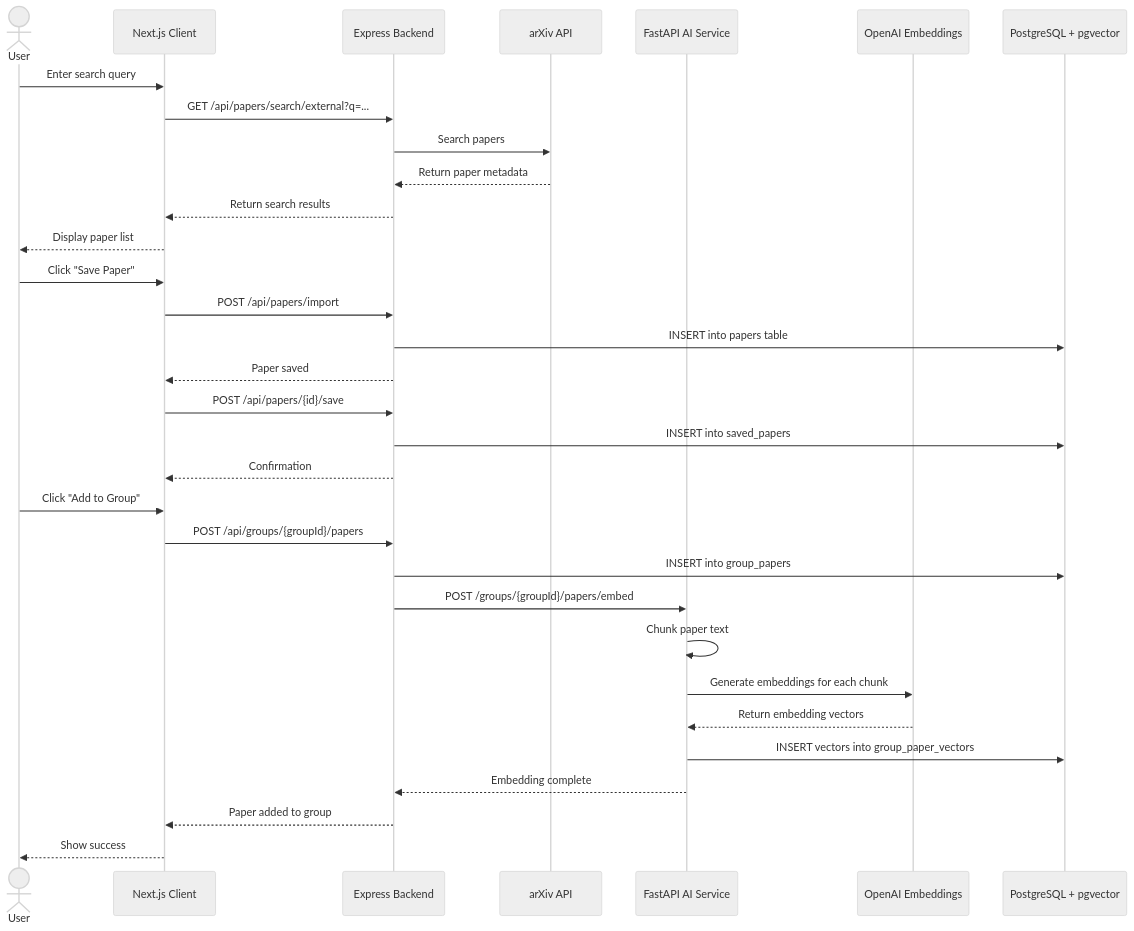
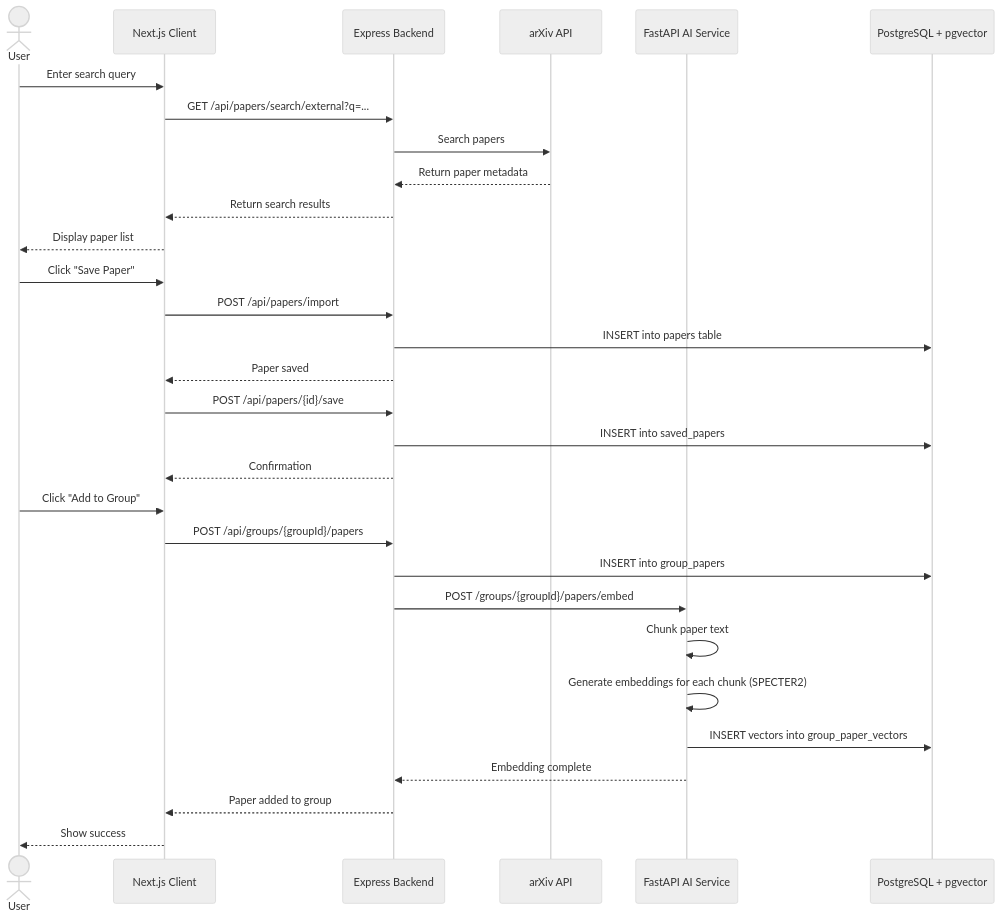
The sixth of 11 diagrams in docs/UML-Diagrams.md (BRUH-MAIN/OpenResearch), drawn with Mermaid (neutral theme) before and after one commit. The commit also changed other lines of this file and 44 other files, not shown here.

````diff
--- a/docs/UML-Diagrams.md
+++ b/docs/UML-Diagrams.md
@@ -402,37 +399,35 @@
 ```mermaid
 sequenceDiagram
     actor User
     participant Client as Next.js Client
     participant Server as Express Backend
     participant ArXiv as arXiv API
     participant AI as FastAPI AI Service
-    participant OpenAI as OpenAI Embeddings
     participant DB as PostgreSQL + pgvector
 
     User->>Client: Enter search query
     Client->>Server: GET /api/papers/search/external?q=...
     Server->>ArXiv: Search papers
     ArXiv-->>Server: Return paper metadata
     Server-->>Client: Return search results
     Client-->>User: Display paper list
 
     User->>Client: Click "Save Paper"
     Client->>Server: POST /api/papers/import
     Server->>DB: INSERT into papers table
     Server-->>Client: Paper saved
     Client->>Server: POST /api/papers/{id}/save
     Server->>DB: INSERT into saved_papers
     Server-->>Client: Confirmation
 
     User->>Client: Click "Add to Group"
     Client->>Server: POST /api/groups/{groupId}/papers
     Server->>DB: INSERT into group_papers
     Server->>AI: POST /groups/{groupId}/papers/embed
     AI->>AI: Chunk paper text
-    AI->>OpenAI: Generate embeddings for each chunk
-    OpenAI-->>AI: Return embedding vectors
+    AI->>AI: Generate embeddings for each chunk (SPECTER2)
     AI->>DB: INSERT vectors into group_paper_vectors
     AI-->>Server: Embedding complete
     Server-->>Client: Paper added to group
     Client-->>User: Show success
 ```
````
